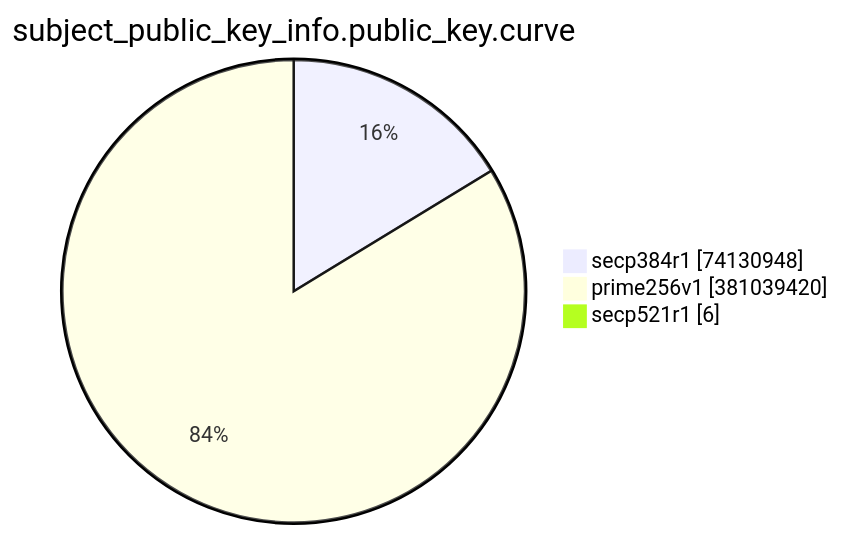
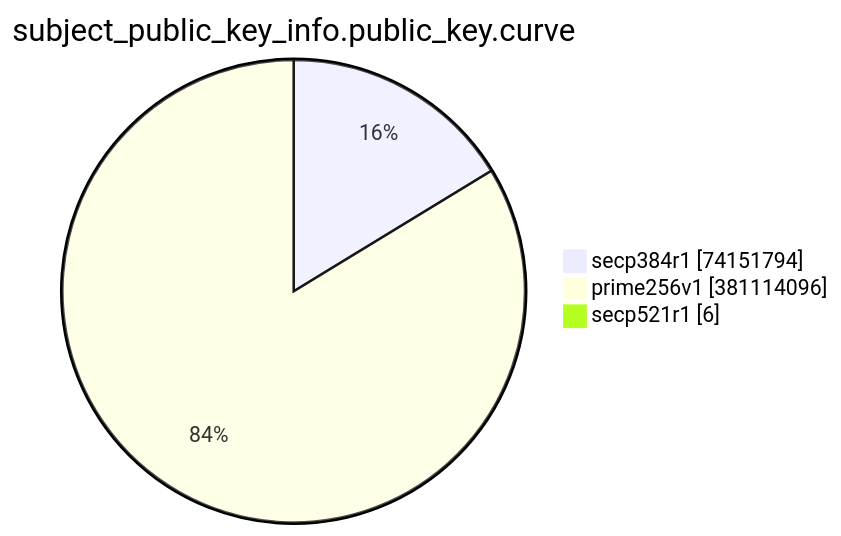
The eighth of 15 diagrams in TOTAL/README.md (christiankrug/ctmonitor_visualization), drawn with Mermaid before and after one commit. The commit also changed other lines of this file, not shown here.

````diff
--- a/TOTAL/README.md
+++ b/TOTAL/README.md
@@ -3094,7 +3094,7 @@
 ```mermaid
 pie showData
 title subject_public_key_info.public_key.curve
-"secp384r1" :74130948
-"prime256v1" :381039420
+"secp384r1" :74151794
+"prime256v1" :381114096
 "secp521r1" :6
 ```
````
